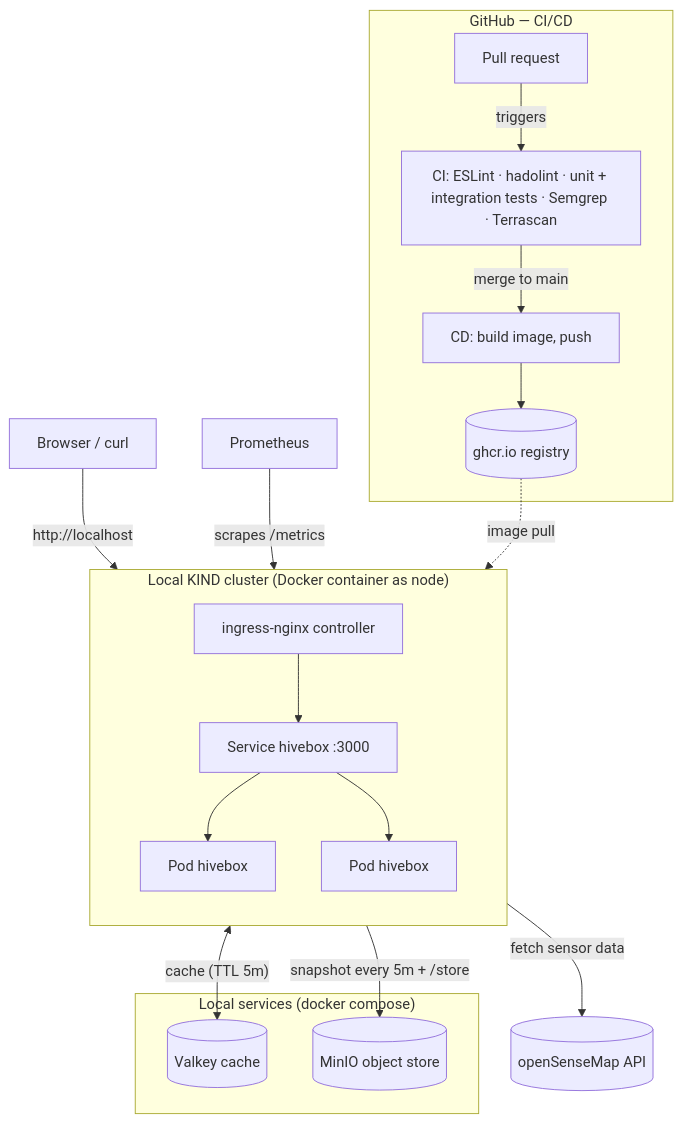
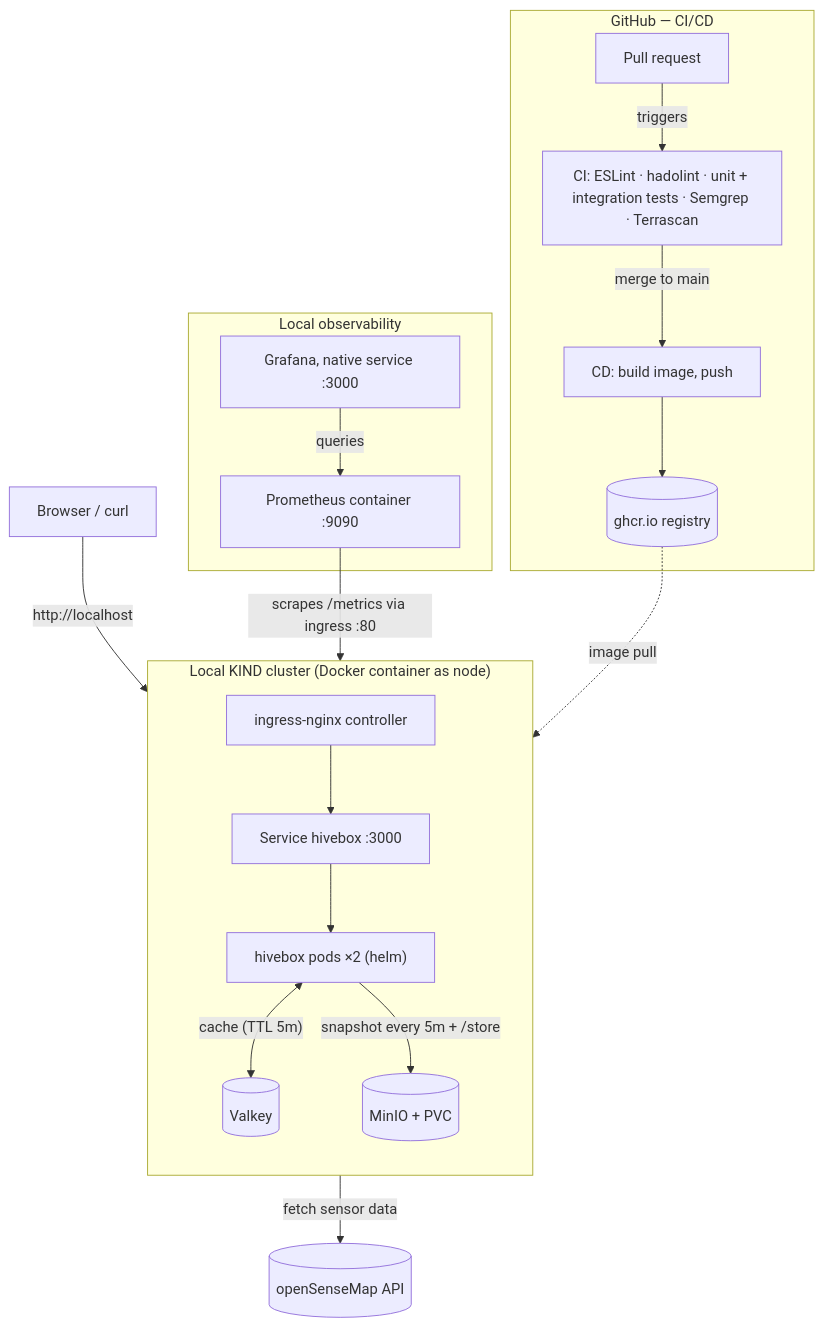
The diagram in README.md (Hydra2113/devops-hands-on-project-hivebox), drawn with Mermaid before and after one commit. The commit also changed other lines of this file and 2 other files, not shown here.

Commit message:
docs: Grafana dashboards phase — screenshot, diagram, prometheus retarget
- architecture diagram updated: Valkey/MinIO shown in-cluster (packaging
  phase reality) and the Grafana -> Prometheus -> ingress chain added
- Phase 11 section with dashboard screenshot and the ingress-scrape
  load-balancing caveat (fix: in-cluster Alloy, next observability step)
- prometheus.yml now targets the cluster via host.docker.internal:80

````diff
--- a/README.md
+++ b/README.md
@@ -59,27 +59,25 @@
 ```mermaid
 flowchart TB
     subgraph pipeline["GitHub — CI/CD"]
         PR[Pull request] -->|triggers| CI["CI: ESLint · hadolint · unit + integration tests · Semgrep · Terrascan"]
         CI -->|merge to main| CD["CD: build image, push"]
         CD --> GHCR[("ghcr.io registry")]
     end
 
     subgraph cluster["Local KIND cluster (Docker container as node)"]
         direction TB
         ING[ingress-nginx controller] --> SVC[Service hivebox :3000]
-        SVC --> P1[Pod hivebox]
-        SVC --> P2[Pod hivebox]
+        SVC --> APP["hivebox pods ×2 (helm)"]
+        APP <-->|"cache (TTL 5m)"| VK[("Valkey")]
+        APP -->|"snapshot every 5m + /store"| MIO[("MinIO + PVC")]
     end
 
-    subgraph compose["Local services (docker compose)"]
-        VK[("Valkey cache")]
-        MIO[("MinIO object store")]
+    subgraph obs["Local observability"]
+        GRAF[Grafana, native service :3000] -->|queries| PROM[Prometheus container :9090]
     end
 
     U[Browser / curl] -->|http://localhost| ING
-    cluster -->|fetch sensor data| OSM[("openSenseMap API")]
-    cluster <-->|"cache (TTL 5m)"| VK
-    cluster -->|"snapshot every 5m + /store"| MIO
-    PROM[Prometheus] -->|scrapes /metrics| ING
+    APP -->|fetch sensor data| OSM[("openSenseMap API")]
+    PROM -->|"scrapes /metrics via ingress :80"| ING
     GHCR -.->|image pull| cluster
 ```
````
